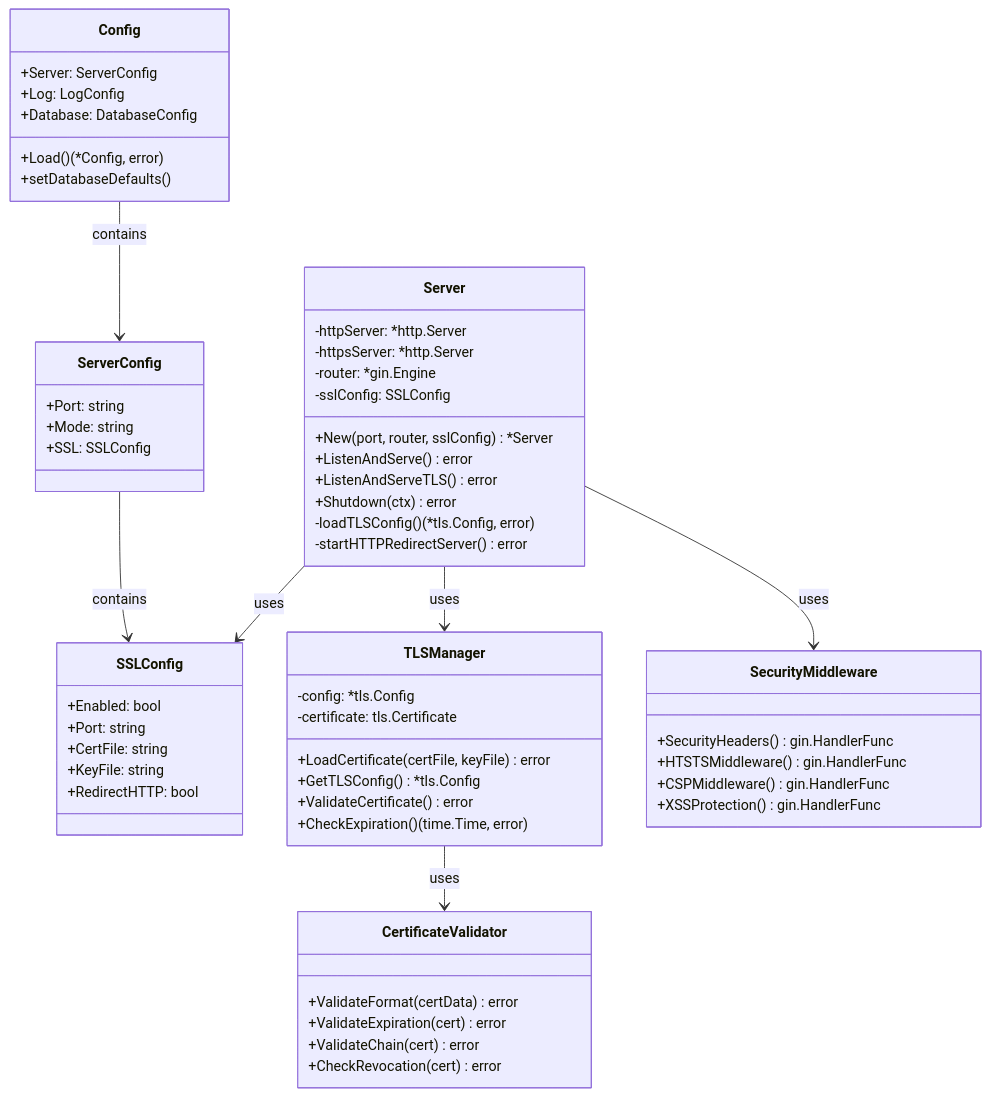
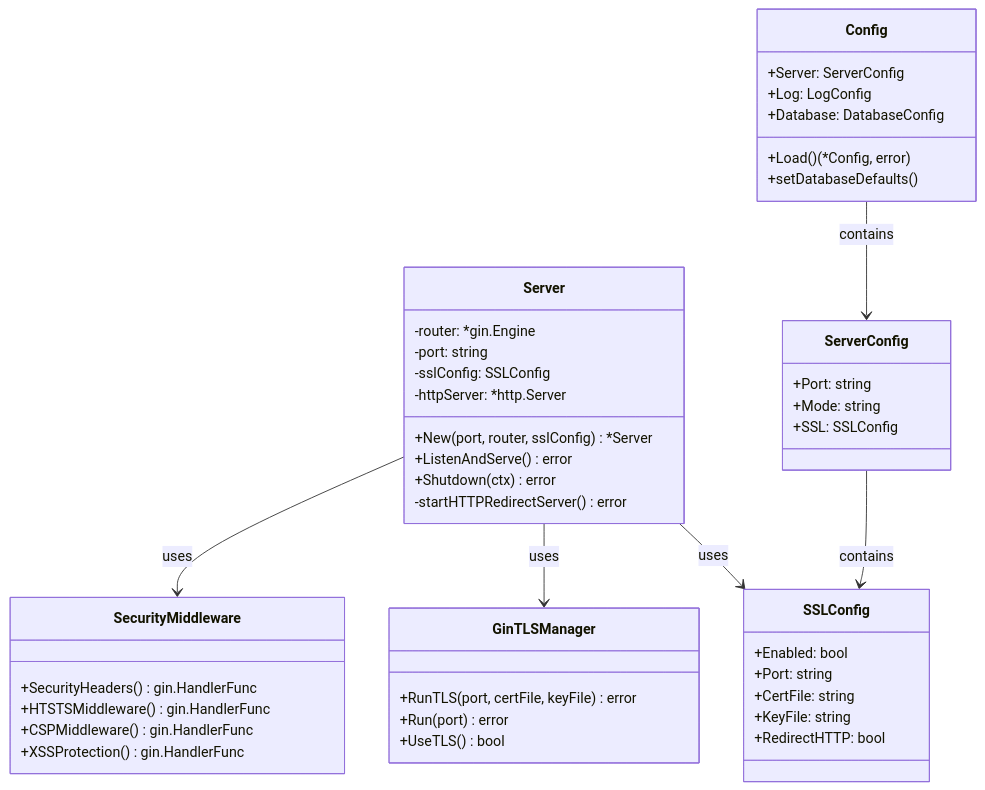
The fifth of 8 diagrams in docs/serviceSSLArch.md (tushg/tushartemplategin), drawn with Mermaid before and after one commit. The commit also changed other lines of this file and 1 other file, not shown here.

First line of the commit message:
refactor: simplify TLS implementation using Gin's built-in functionality

````diff
--- a/docs/serviceSSLArch.md
+++ b/docs/serviceSSLArch.md
@@ -253,67 +306,54 @@
 ```mermaid
 classDiagram
     class Server {
+        -router: *gin.Engine
+        -port: string
+        -sslConfig: SSLConfig
         -httpServer: *http.Server
-        -httpsServer: *http.Server
-        -router: *gin.Engine
-        -sslConfig: SSLConfig
         +New(port, router, sslConfig) *Server
         +ListenAndServe() error
-        +ListenAndServeTLS() error
         +Shutdown(ctx) error
-        -loadTLSConfig() (*tls.Config, error)
         -startHTTPRedirectServer() error
     }
     
     class SSLConfig {
         +Enabled: bool
         +Port: string
         +CertFile: string
         +KeyFile: string
         +RedirectHTTP: bool
     }
     
-    class TLSManager {
-        -config: *tls.Config
-        -certificate: tls.Certificate
-        +LoadCertificate(certFile, keyFile) error
-        +GetTLSConfig() *tls.Config
-        +ValidateCertificate() error
-        +CheckExpiration() (time.Time, error)
-    }
-    
-    class CertificateValidator {
-        +ValidateFormat(certData) error
-        +ValidateExpiration(cert) error
-        +ValidateChain(cert) error
-        +CheckRevocation(cert) error
+    class GinTLSManager {
+        +RunTLS(port, certFile, keyFile) error
+        +Run(port) error
+        +UseTLS() bool
     }
     
     class SecurityMiddleware {
         +SecurityHeaders() gin.HandlerFunc
         +HTSTSMiddleware() gin.HandlerFunc
         +CSPMiddleware() gin.HandlerFunc
         +XSSProtection() gin.HandlerFunc
     }
     
     class Config {
         +Server: ServerConfig
         +Log: LogConfig
         +Database: DatabaseConfig
         +Load() (*Config, error)
         +setDatabaseDefaults()
     }
     
     class ServerConfig {
         +Port: string
         +Mode: string
         +SSL: SSLConfig
     }
     
     Server --> SSLConfig : uses
-    Server --> TLSManager : uses
-    TLSManager --> CertificateValidator : uses
+    Server --> GinTLSManager : uses
     Server --> SecurityMiddleware : uses
     Config --> ServerConfig : contains
     ServerConfig --> SSLConfig : contains
 ```
````
